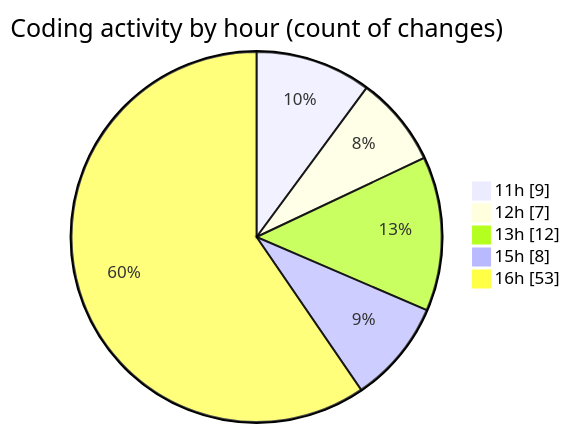
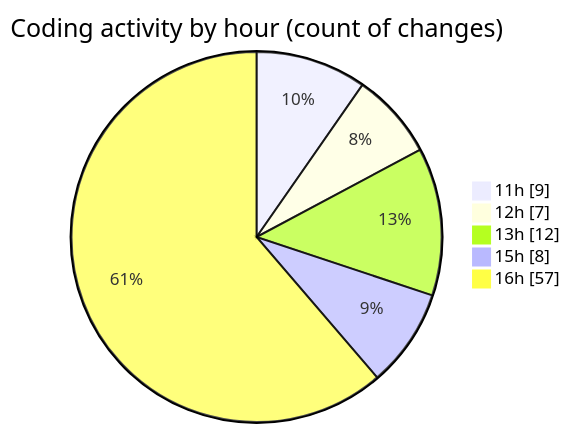
Before and after one commit to EIIisD/code-tracking: the second of 2 diagrams in 2025-08-07/ribbon/README.md, drawn with Mermaid. The commit also changed other lines of this file and 1 other file, not shown here.

````diff
--- a/2025-08-07/ribbon/README.md
+++ b/2025-08-07/ribbon/README.md
@@ -48,9 +48,9 @@
 ```mermaid
 pie showData
 title Coding activity by hour (count of changes)
 "11h" : 9
 "12h" : 7
 "13h" : 12
 "15h" : 8
-"16h" : 53
+"16h" : 57
 ```
````
